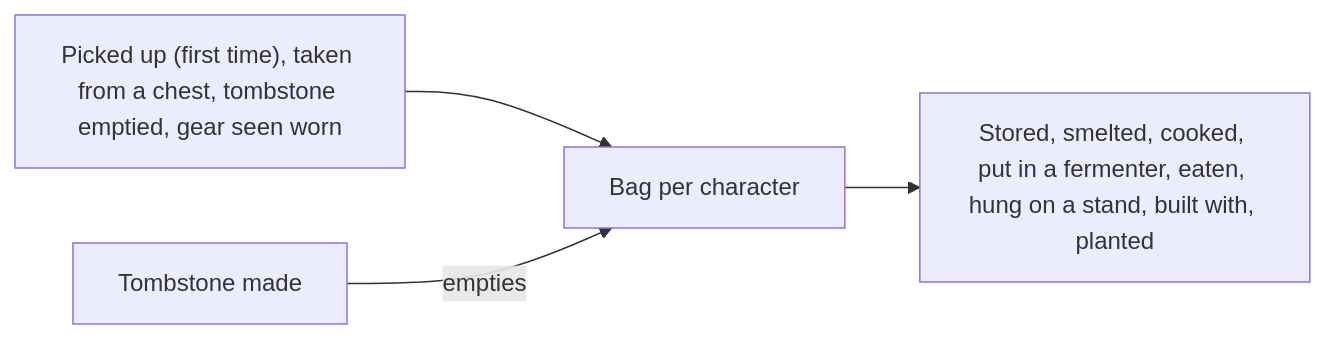
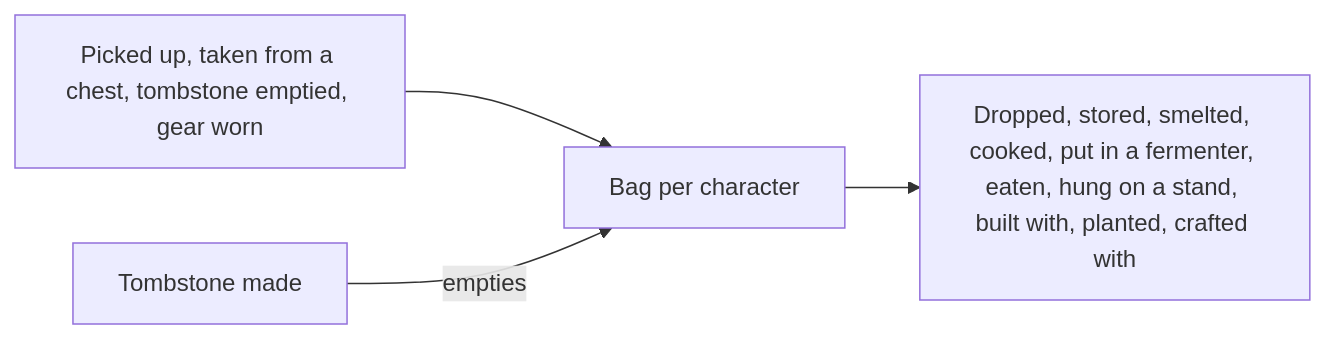
The ninth of 20 diagrams in docs/architecture.md (cristiadu/valheim-dashboard), drawn with Mermaid before and after one commit. The commit also changed other lines of this file and 17 other files, not shown here.

Commit message:
Bags: count dropped items once by their ground ID, pay crafting costs, keep worn gear (#88)

````diff
--- a/docs/architecture.md
+++ b/docs/architecture.md
@@ -184,6 +184,6 @@
 ```mermaid
 flowchart LR
-  in["Picked up (first time), taken from a chest, tombstone emptied, gear seen worn"] --> bag[Bag per character]
-  bag --> out["Stored, smelted, cooked, put in a fermenter, eaten, hung on a stand, built with, planted"]
+  in["Picked up, taken from a chest, tombstone emptied, gear worn"] --> bag[Bag per character]
+  bag --> out["Dropped, stored, smelted, cooked, put in a fermenter, eaten, hung on a stand, built with, planted, crafted with"]
   death["Tombstone made"] -->|empties| bag
 ```
````
